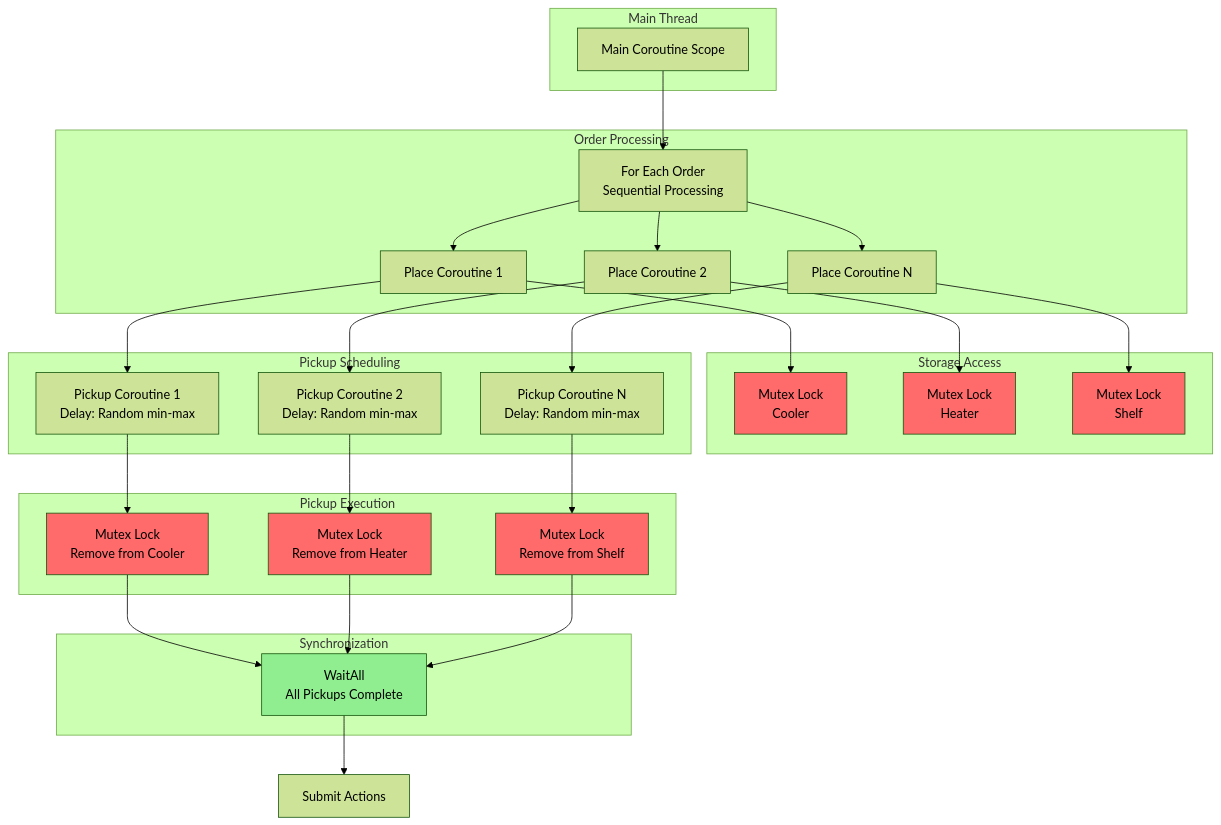
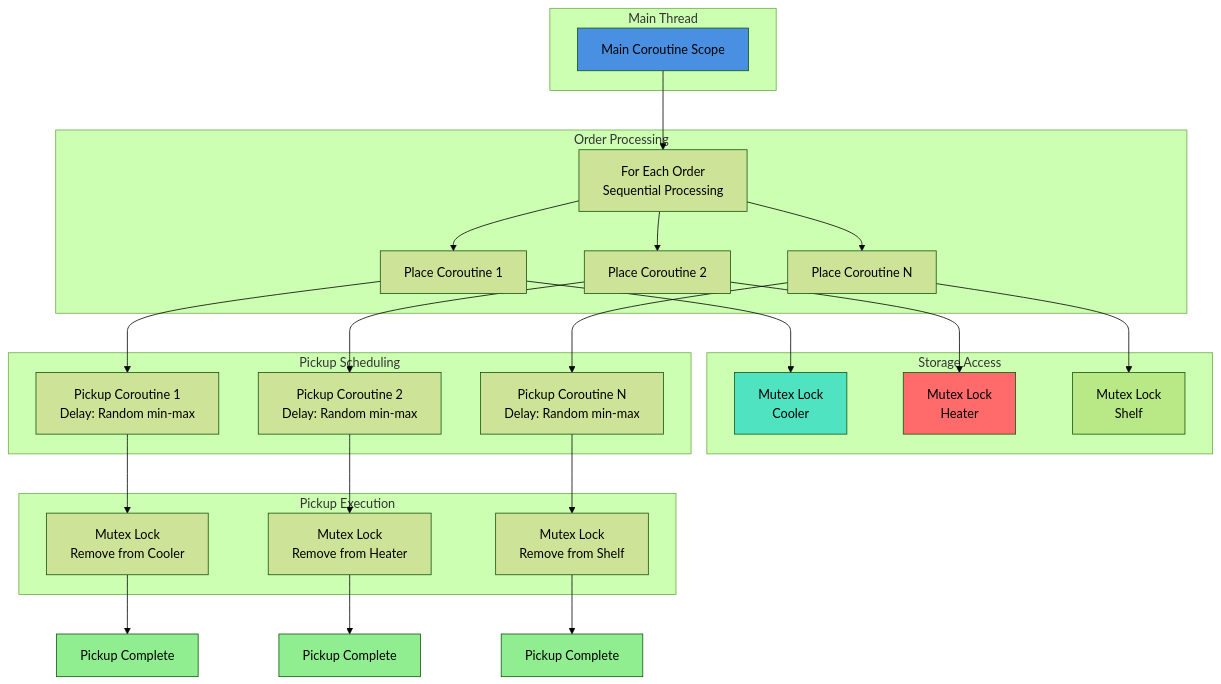
The fourth of 6 diagrams in docs/architecture-flowchart.md (dbphan/cloudkitchens-test), drawn with Mermaid (forest theme) before and after one commit. The commit also changed other lines of this file, not shown here.

First line of the commit message:
docs: update architecture flowcharts for driver pickup simulation

````diff
--- a/docs/architecture-flowchart.md
+++ b/docs/architecture-flowchart.md
@@ -172,47 +181,43 @@
 ```mermaid
 flowchart TD
     subgraph Main Thread
         MainCoroutine[Main Coroutine Scope]
     end
     
     subgraph Order Processing
         MainCoroutine --> OrderLoop[For Each Order<br/>Sequential Processing]
         OrderLoop --> Place1[Place Coroutine 1]
         OrderLoop --> Place2[Place Coroutine 2]
         OrderLoop --> PlaceN[Place Coroutine N]
     end
     
     subgraph Storage Access
         Place1 --> MutexC1[Mutex Lock<br/>Cooler]
         Place2 --> MutexH1[Mutex Lock<br/>Heater]
         PlaceN --> MutexS1[Mutex Lock<br/>Shelf]
     end
     
     subgraph Pickup Scheduling
         Place1 --> Pickup1[Pickup Coroutine 1<br/>Delay: Random min-max]
         Place2 --> Pickup2[Pickup Coroutine 2<br/>Delay: Random min-max]
         PlaceN --> PickupN[Pickup Coroutine N<br/>Delay: Random min-max]
     end
     
     subgraph Pickup Execution
         Pickup1 --> MutexC2[Mutex Lock<br/>Remove from Cooler]
         Pickup2 --> MutexH2[Mutex Lock<br/>Remove from Heater]
         PickupN --> MutexS2[Mutex Lock<br/>Remove from Shelf]
     end
     
-    subgraph Synchronization
-        MutexC2 --> Wait[WaitAll<br/>All Pickups Complete]
-        MutexH2 --> Wait
-        MutexS2 --> Wait
-    end
-    
-    Wait --> Submit[Submit Actions]
+    MutexC2 --> Complete1[Pickup Complete]
+    MutexH2 --> Complete2[Pickup Complete]
+    MutexS2 --> CompleteN[Pickup Complete]
 
-    style MutexC1 fill:#FF6B6B
+    style MainCoroutine fill:#4A90E2
+    style MutexC1 fill:#50E3C2
     style MutexH1 fill:#FF6B6B
-    style MutexS1 fill:#FF6B6B
-    style MutexC2 fill:#FF6B6B
-    style MutexH2 fill:#FF6B6B
-    style MutexS2 fill:#FF6B6B
-    style Wait fill:#90EE90
+    style MutexS1 fill:#B8E986
+    style Complete1 fill:#90EE90
+    style Complete2 fill:#90EE90
+    style CompleteN fill:#90EE90
 ```
````
